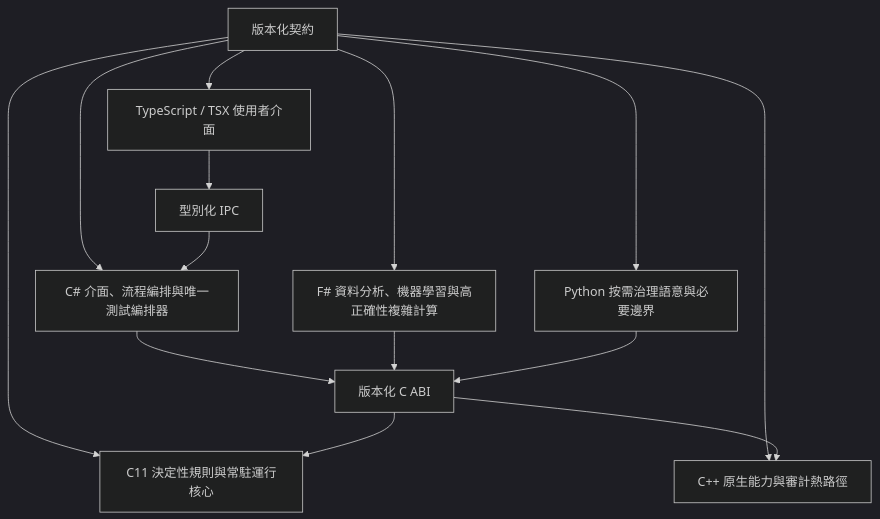
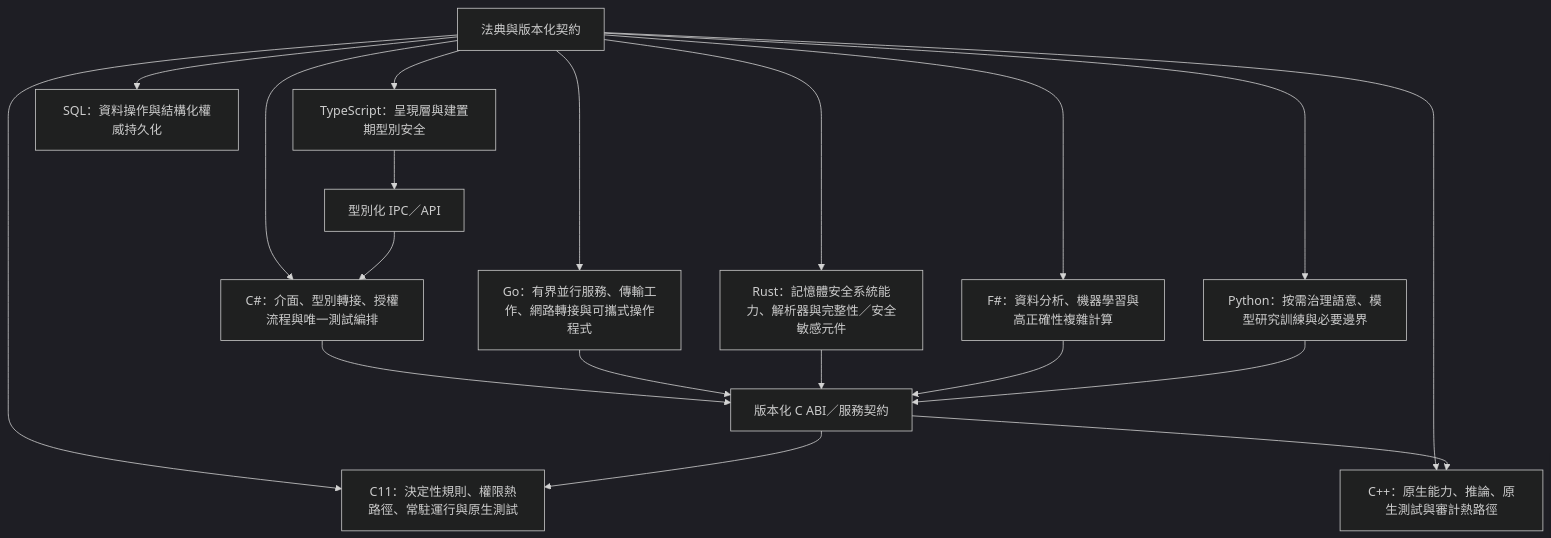
Before and after one commit to guilty442-source/GPTBridge: the first of 2 diagrams in governance_rule/codex/architecture-languages.md, drawn with Mermaid (dark theme). The commit also changed other lines of this file and 13 other files, not shown here.

````diff
--- a/governance_rule/codex/architecture-languages.md
+++ b/governance_rule/codex/architecture-languages.md
@@ -3,17 +5,22 @@
 ```mermaid
 flowchart TB
-  CONTRACT[版本化契約]
-  CONTRACT --> C[C11 決定性規則與常駐運行核心]
-  CONTRACT --> CPP[C++ 原生能力與審計熱路徑]
-  CONTRACT --> CS[C# 介面、流程編排與唯一測試編排器]
-  CONTRACT --> FS[F# 資料分析、機器學習與高正確性複雜計算]
-  CONTRACT --> PY[Python 按需治理語意與必要邊界]
-  CONTRACT --> UI[TypeScript / TSX 使用者介面]
-  UI --> IPC[型別化 IPC]
+  CONTRACT[法典與版本化契約]
+  CONTRACT --> C[C11：決定性規則、權限熱路徑、常駐運行與原生測試]
+  CONTRACT --> CPP[C++：原生能力、推論、原生測試與審計熱路徑]
+  CONTRACT --> CS[C#：介面、型別轉接、授權流程與唯一測試編排]
+  CONTRACT --> FS[F#：資料分析、機器學習與高正確性複雜計算]
+  CONTRACT --> GO[Go：有界並行服務、傳輸工作、網路轉接與可攜式操作程式]
+  CONTRACT --> RS[Rust：記憶體安全系統能力、解析器與完整性／安全敏感元件]
+  CONTRACT --> PY[Python：按需治理語意、模型研究訓練與必要邊界]
+  CONTRACT --> TS[TypeScript：呈現層與建置期型別安全]
+  CONTRACT --> SQL[SQL：資料操作與結構化權威持久化]
+  TS --> IPC[型別化 IPC／API]
   IPC --> CS
-  CS --> ABI[版本化 C ABI]
+  CS --> ABI[版本化 C ABI／服務契約]
+  GO --> ABI
+  RS --> ABI
+  FS --> ABI
+  PY --> ABI
   ABI --> C
   ABI --> CPP
-  FS --> ABI
-  PY --> ABI
 ```
````
